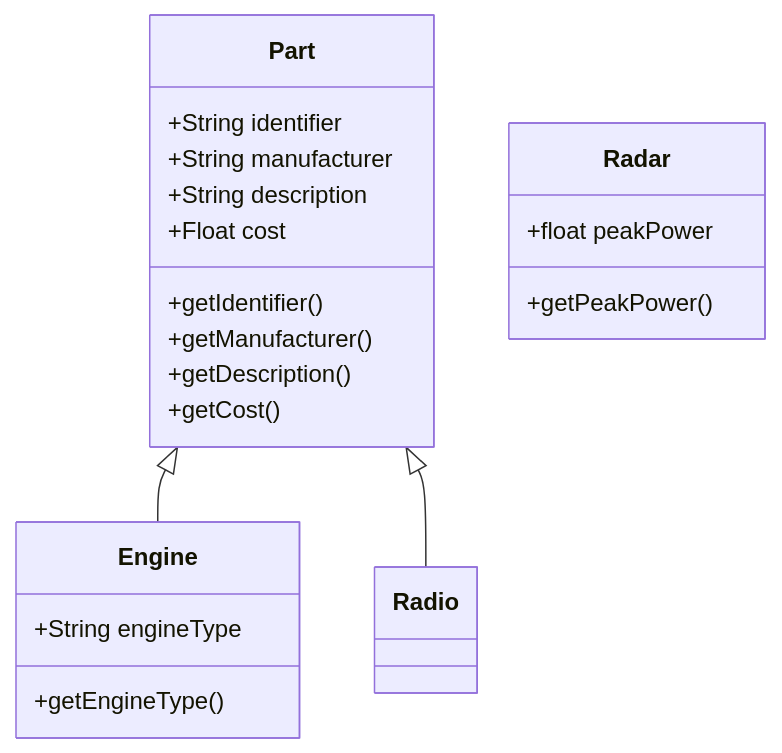
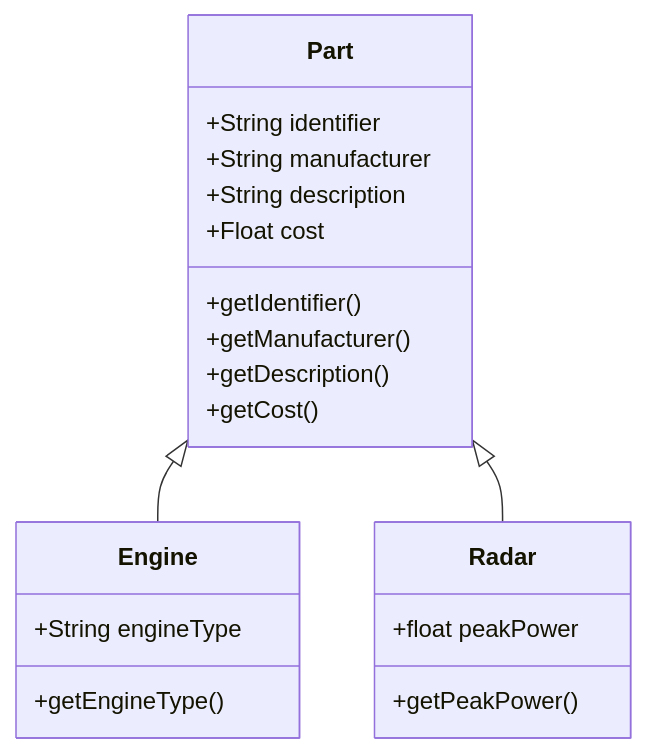
The second of 3 diagrams in 3.1_Inheritance.md (vesavvo/Object-Oriented-Programming), drawn with Mermaid before and after one commit.

Commit message:
Section 3.1 small fix 2 in UML diagram

````diff
--- a/3.1_Inheritance.md
+++ b/3.1_Inheritance.md
@@ -135,23 +135,23 @@
 ```mermaid
 classDiagram
     Part <|-- Engine
-    Part <|-- Radio
+    Part <|-- Radar
 class Part {
         +String identifier
         +String manufacturer
         +String description
         +Float cost
         +getIdentifier()
         +getManufacturer()
         +getDescription()
         +getCost()
     }
 class Engine {
     +String engineType
     +getEngineType()
 }
 class Radar {
     +float peakPower
     +getPeakPower()
 }
 ```
````
